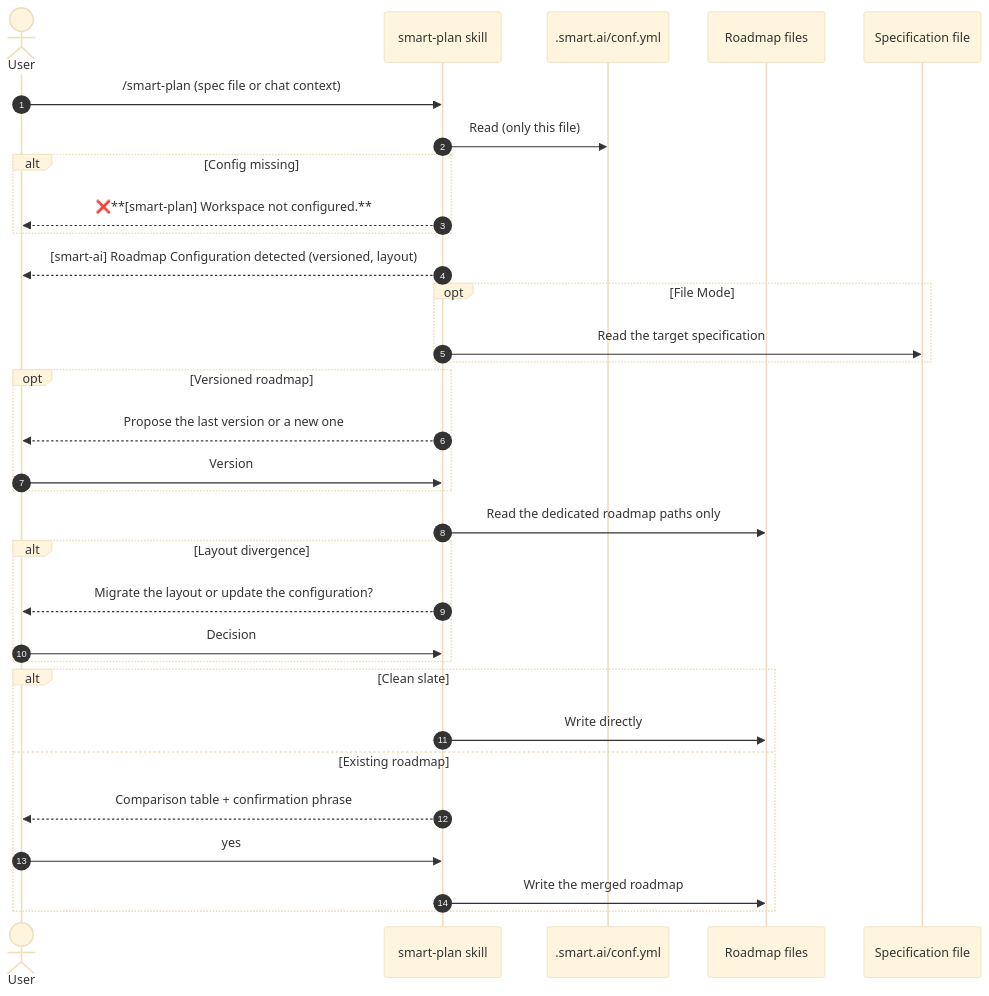
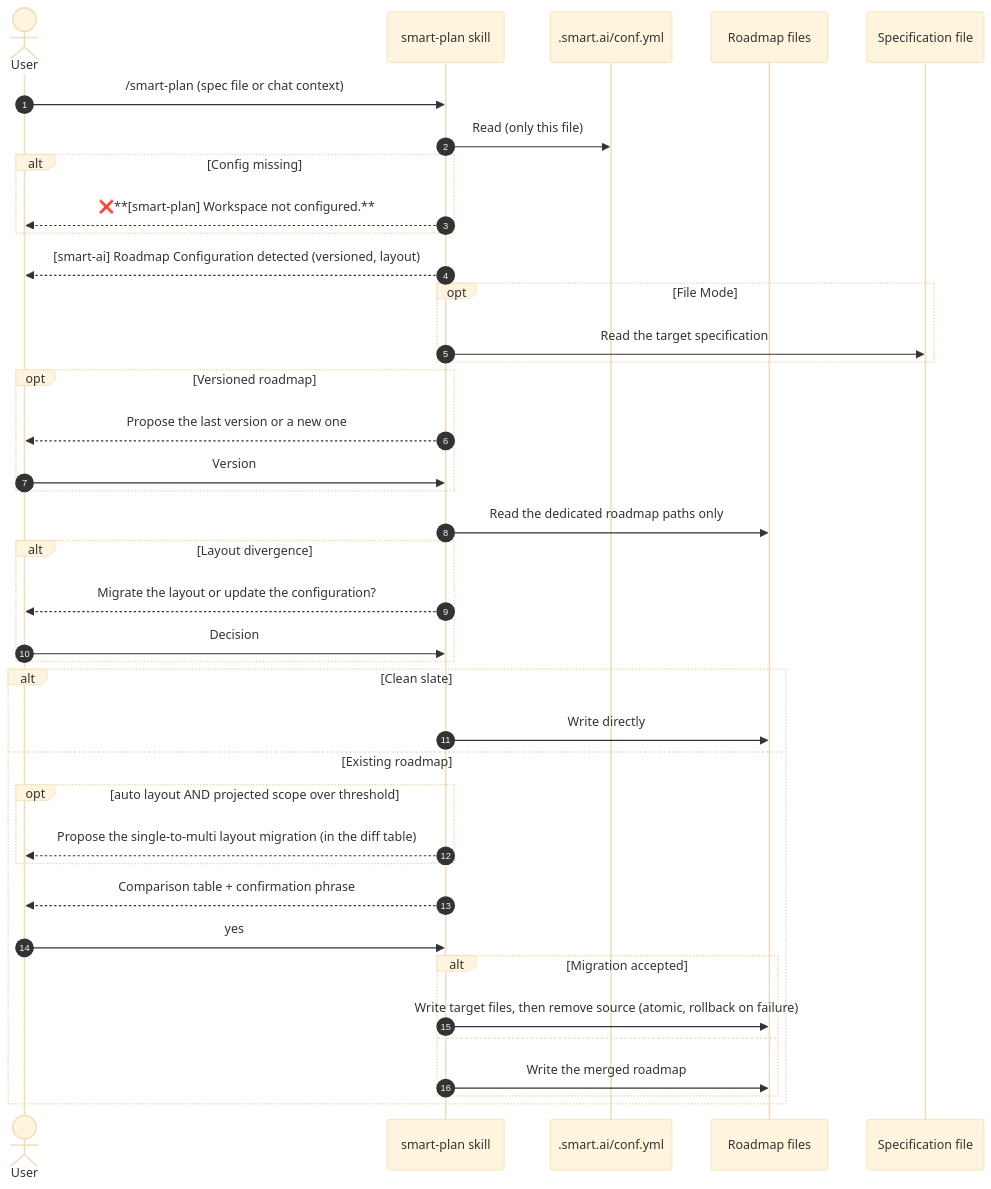
The third of 3 diagrams in docs/specs/smart-plan.md (fletort/smart-ai-factory), drawn with Mermaid (base theme) before and after one commit. The commit also changed other lines of this file and 1 other file, not shown here.

````diff
--- a/docs/specs/smart-plan.md
+++ b/docs/specs/smart-plan.md
@@ -329,35 +386,42 @@
   ```mermaid
   sequenceDiagram
       autonumber
       actor User
       participant Skill as smart-plan skill
       participant Cfg as .smart.ai/conf.yml
       participant FS as Roadmap files
       participant Spec as Specification file
 
       User->>Skill: /smart-plan (spec file or chat context)
       Skill->>Cfg: Read (only this file)
       alt Config missing
           Skill-->>User: ❌**[smart-plan] Workspace not configured.**
       end
       Skill-->>User: [smart-ai] Roadmap Configuration detected (versioned, layout)
       opt File Mode
           Skill->>Spec: Read the target specification
       end
       opt Versioned roadmap
           Skill-->>User: Propose the last version or a new one
           User->>Skill: Version
       end
       Skill->>FS: Read the dedicated roadmap paths only
       alt Layout divergence
           Skill-->>User: Migrate the layout or update the configuration?
           User->>Skill: Decision
       end
       alt Clean slate
           Skill->>FS: Write directly
       else Existing roadmap
+          opt auto layout AND projected scope over threshold
+              Skill-->>User: Propose the single-to-multi layout migration (in the diff table)
+          end
           Skill-->>User: Comparison table + confirmation phrase
           User->>Skill: yes
-          Skill->>FS: Write the merged roadmap
+          alt Migration accepted
+              Skill->>FS: Write target files, then remove source (atomic, rollback on failure)
+          else
+              Skill->>FS: Write the merged roadmap
+          end
       end
   ```
````
